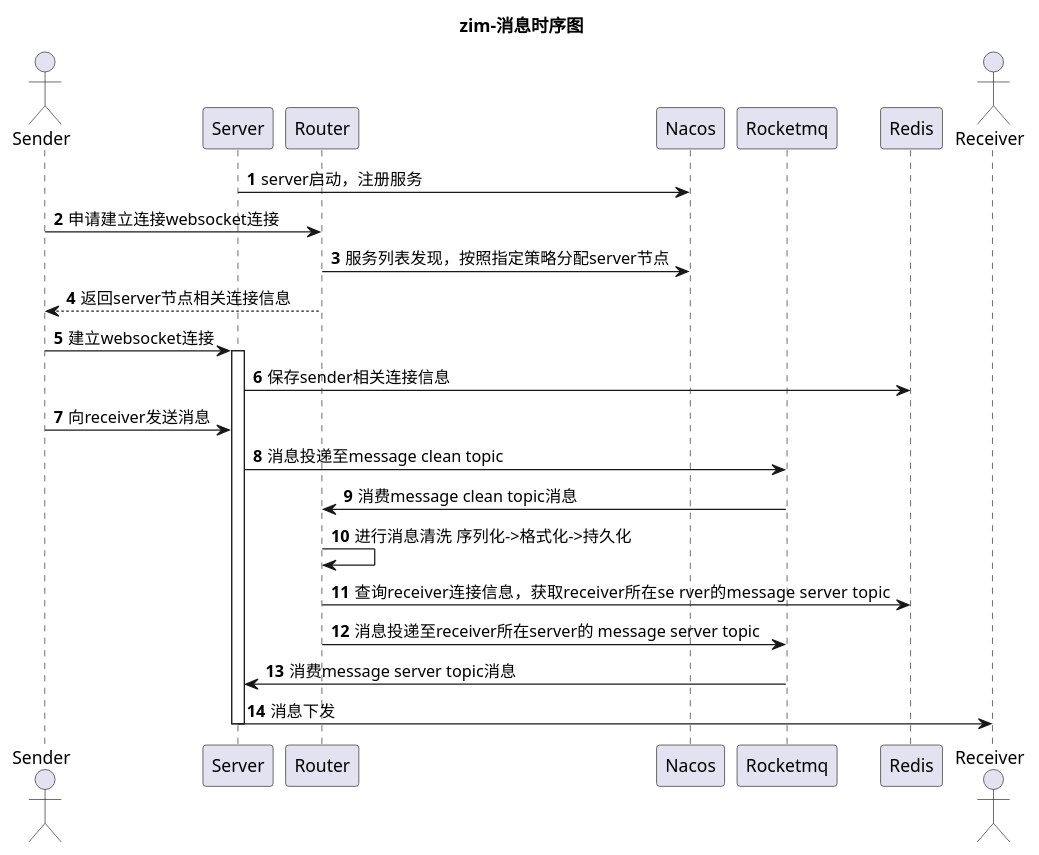
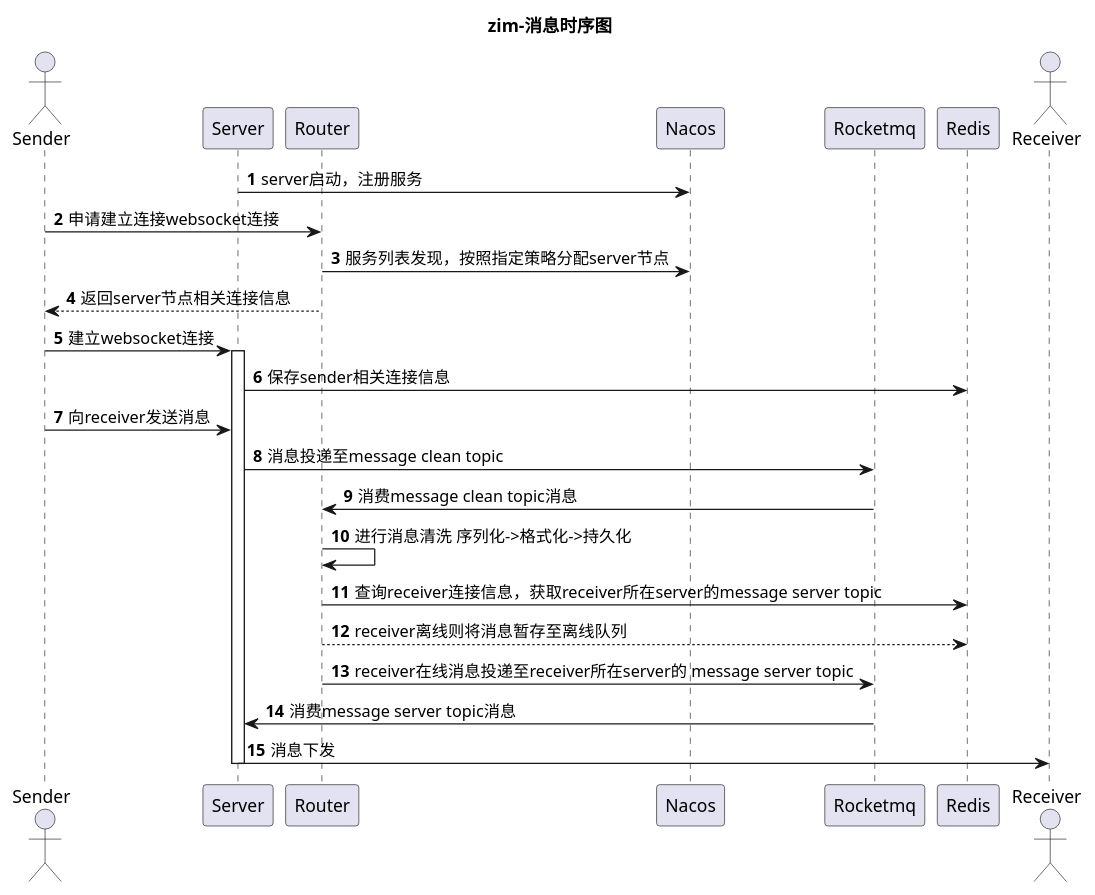
The diagram in doc/zim-message.puml (Lyzzcw/zim), drawn with PlantUML before and after one commit. The commit also changed 20 other files, not shown here.

```diff
--- a/doc/zim-message.puml
+++ b/doc/zim-message.puml
@@ -1,41 +1,43 @@
 @startuml
 title zim-消息时序图
 
 actor Sender as sender
 participant "Server" as server
 participant "Router" as router
 participant "Nacos" as nacos
 participant "Rocketmq" as rocketmq
 participant "Redis" as redis
 actor Receiver as receiver
 
 autonumber
 server->nacos:server启动，注册服务
 
 sender->router:申请建立连接websocket连接
 
 router->nacos:服务列表发现，按照指定策略分配server节点
 
 router-->sender:返回server节点相关连接信息
 
 sender->server:建立websocket连接
 activate server
 server->redis:保存sender相关连接信息
 
 sender->server:向receiver发送消息
 
 server->rocketmq:消息投递至message clean topic
 
 rocketmq->router:消费message clean topic消息
 
 router->router:进行消息清洗 序列化->格式化->持久化
 
-router->redis:查询receiver连接信息，获取receiver所在se  rver的message server topic
+router->redis:查询receiver连接信息，获取receiver所在server的message server topic
 
-router->rocketmq:消息投递至receiver所在server的 message server topic
+router-->redis:receiver离线则将消息暂存至离线队列
+
+router->rocketmq:receiver在线消息投递至receiver所在server的 message server topic
 
 rocketmq->server:消费message server topic消息
 
 server->receiver:消息下发
 deactivate server
 @enduml
```
